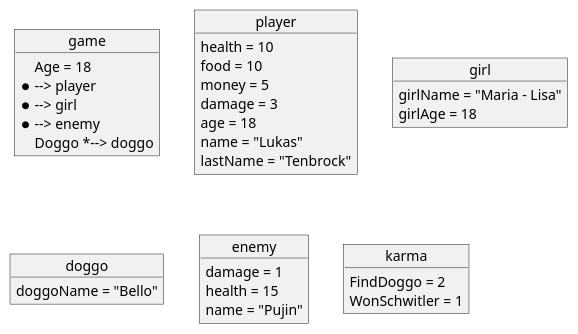
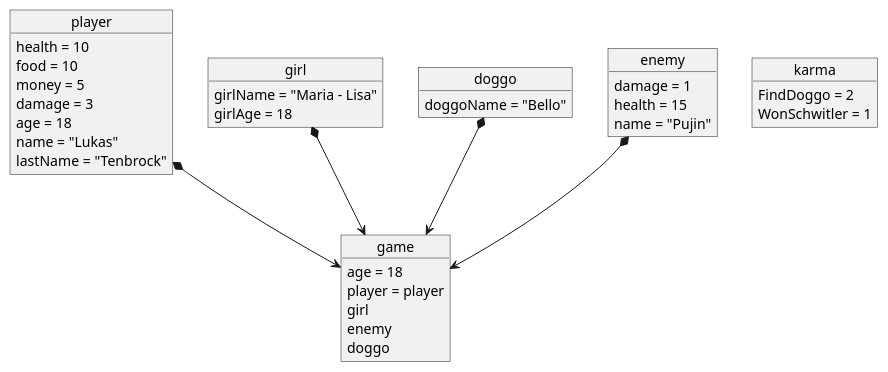
The diagram in .vscode/Objektdiagramm.iuml (l2804/Strukturiert), drawn with PlantUML before and after one commit. The commit also changed 18 other files, not shown here.

```diff
--- a/.vscode/Objektdiagramm.iuml
+++ b/.vscode/Objektdiagramm.iuml
@@ -1,53 +1,57 @@
 @startuml
 
 Object game{
 
-    Age = 18
-    *--> player
-    *--> girl
-    *--> enemy
-    Doggo *--> doggo
+    age = 18
+    player = player
+    girl
+    enemy
+    doggo
 
 }
 
 object player{
 
     health = 10
     food = 10
     money = 5
     damage = 3
     age = 18
     name = "Lukas"
     lastName = "Tenbrock"
 
 }
 
 object girl{
 
     girlName = "Maria - Lisa"
     girlAge = 18
 
 }
 
 object doggo{
 
     doggoName = "Bello"
 
 }
 
 object enemy{
 
     damage = 1
     health = 15  
     name = "Pujin"
 }
 
 object karma{
 
     FindDoggo = 2
     WonSchwitler = 1
 
 }
 
+doggo *--> game
+player *--> game
+girl *--> game
+enemy *--> game
 
 @enduml
```
